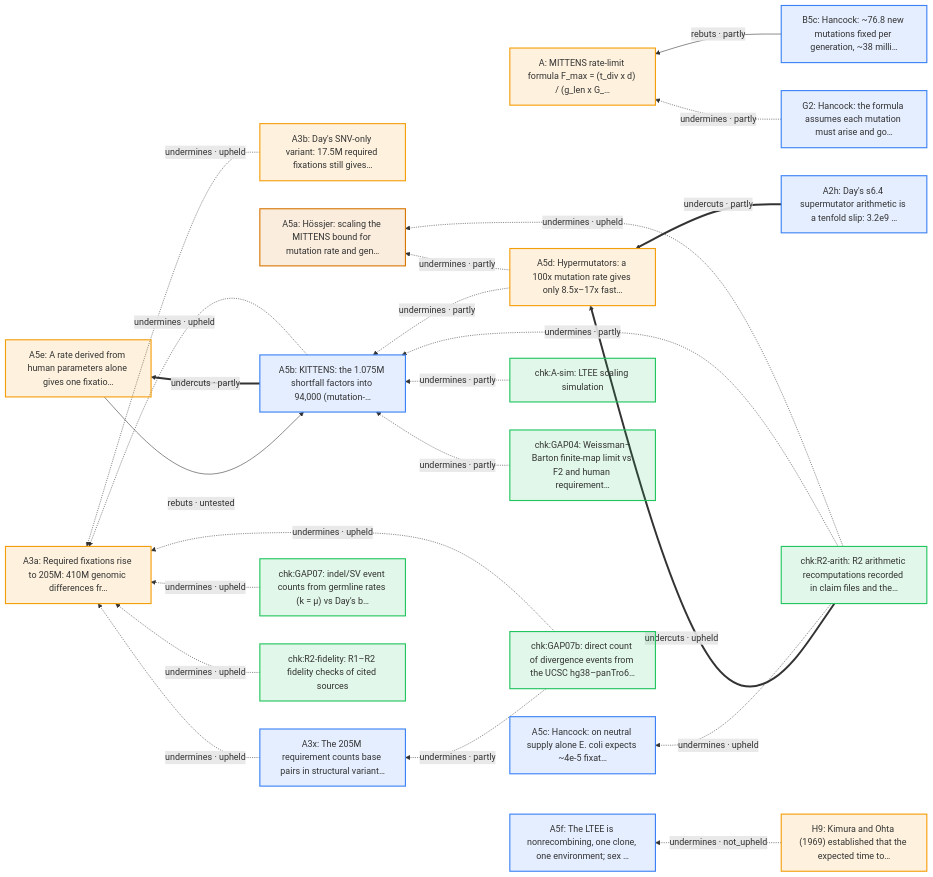
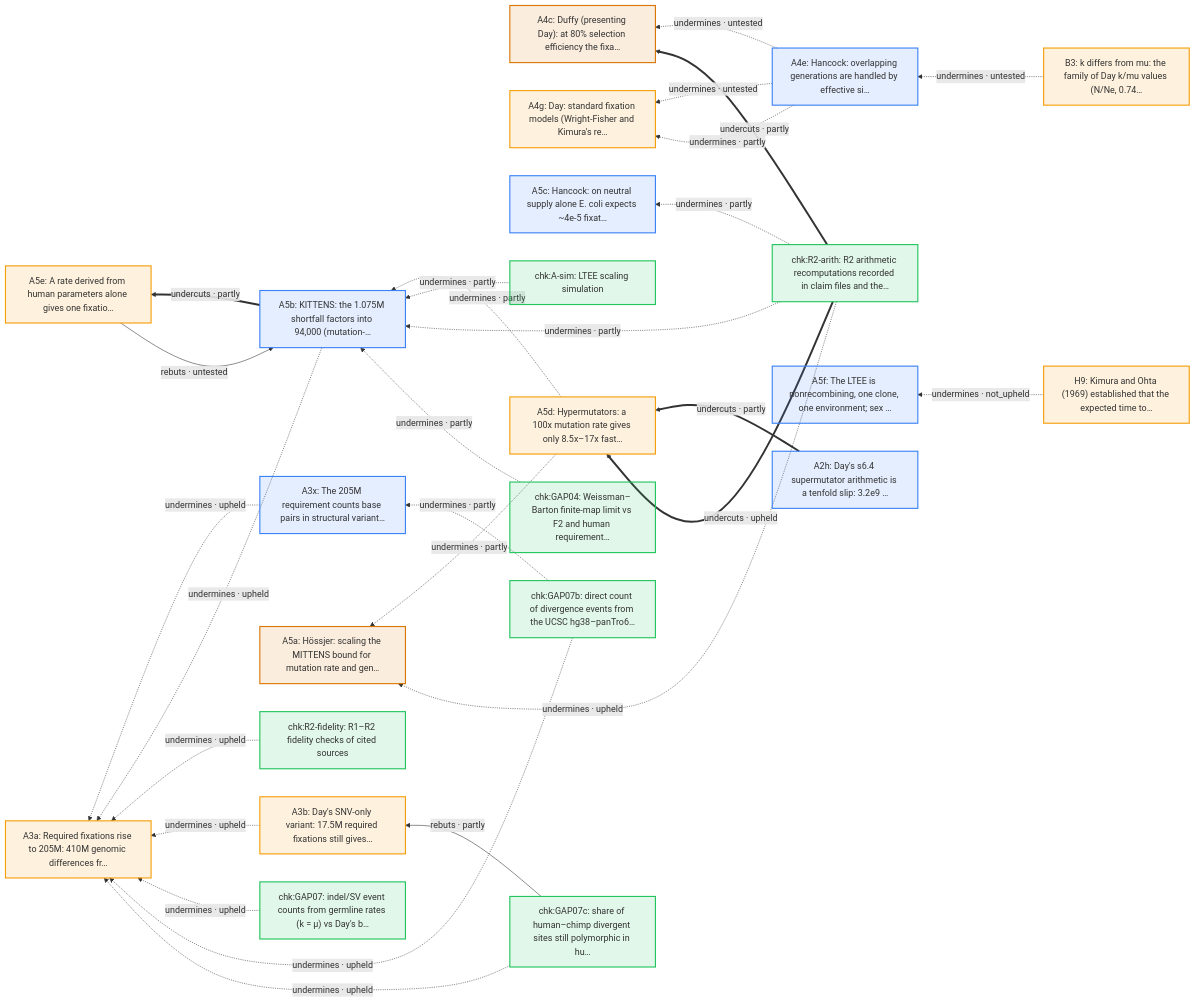
One commit to nickallevato/evo-sim changed the second of 18 diagrams in docs/arguments/defeaters.md. Above: the diagram before and after it, drawn with Mermaid. The commit also changed other lines of this file and 93 other files, not shown here.

````diff
--- a/docs/arguments/defeaters.md
+++ b/docs/arguments/defeaters.md
@@ -77,49 +81,56 @@
 ```mermaid
 flowchart RL
   classDef day fill:#f59e0b22,stroke:#f59e0b,stroke-width:2px
   classDef ally fill:#d9770622,stroke:#d97706,stroke-width:2px
   classDef critic fill:#3b82f622,stroke:#3b82f6,stroke-width:2px
   classDef literature fill:#a3a3a322,stroke:#a3a3a3,stroke-width:2px
   classDef audit fill:#22c55e22,stroke:#22c55e,stroke-width:2px
-  A["A: MITTENS rate-limit formula F_max = (t_div x d) / (g_len x G_…"]:::day
   A2h["A2h: Day's s6.4 supermutator arithmetic is a tenfold slip: 3.2e9 …"]:::critic
   A3a["A3a: Required fixations rise to 205M: 410M genomic differences fr…"]:::day
   A3b["A3b: Day's SNV-only variant: 17.5M required fixations still gives…"]:::day
   A3x["A3x: The 205M requirement counts base pairs in structural variant…"]:::critic
+  A4c["A4c: Duffy (presenting Day): at 80% selection efficiency the fixa…"]:::ally
+  A4e["A4e: Hancock: overlapping generations are handled by effective si…"]:::critic
+  A4g["A4g: Day: standard fixation models (Wright-Fisher and Kimura's re…"]:::day
   A5a["A5a: Hössjer: scaling the MITTENS bound for mutation rate and gen…"]:::ally
   A5b["A5b: KITTENS: the 1.075M shortfall factors into 94,000 (mutation-…"]:::critic
   A5c["A5c: Hancock: on neutral supply alone E. coli expects ~4e-5 fixat…"]:::critic
   A5d["A5d: Hypermutators: a 100x mutation rate gives only 8.5x–17x fast…"]:::day
   A5e["A5e: A rate derived from human parameters alone gives one fixatio…"]:::day
   A5f["A5f: The LTEE is nonrecombining, one clone, one environment; sex …"]:::critic
-  B5c["B5c: Hancock: ~76.8 new mutations fixed per generation, ~38 milli…"]:::critic
-  G2["G2: Hancock: the formula assumes each mutation must arise and go…"]:::critic
+  B3["B3: k differs from mu: the family of Day k/mu values (N/Ne, 0.74…"]:::day
   H9["H9: Kimura and Ohta (1969) established that the expected time to…"]:::day
   chk_A_sim["chk:A-sim: LTEE scaling simulation"]:::audit
   chk_GAP04["chk:GAP04: Weissman–Barton finite-map limit vs F2 and human requirement…"]:::audit
   chk_GAP07["chk:GAP07: indel/SV event counts from germline rates (k = μ) vs Day's b…"]:::audit
   chk_GAP07b["chk:GAP07b: direct count of divergence events from the UCSC hg38–panTro6…"]:::audit
+  chk_GAP07c["chk:GAP07c: share of human–chimp divergent sites still polymorphic in hu…"]:::audit
   chk_R2_arith["chk:R2-arith: R2 arithmetic recomputations recorded in claim files and the…"]:::audit
   chk_R2_fidelity["chk:R2-fidelity: R1–R2 fidelity checks of cited sources"]:::audit
   A3x -.->|"undermines · upheld"| A3a
   A5b -.->|"undermines · upheld"| A3a
   chk_R2_fidelity -.->|"undermines · upheld"| A3a
   A3b -.->|"undermines · upheld"| A3a
   chk_GAP07 -.->|"undermines · upheld"| A3a
   chk_GAP07b -.->|"undermines · upheld"| A3a
+  chk_GAP07c -.->|"undermines · upheld"| A3a
   chk_GAP07b -.->|"undermines · partly"| A3x
+  chk_GAP07c -->|"rebuts · partly"| A3b
+  A4e -.->|"undermines · untested"| A4c
+  chk_R2_arith ==>|"undercuts · partly"| A4c
+  B3 -.->|"undermines · untested"| A4e
+  A4e -.->|"undermines · untested"| A4g
+  A4e -.->|"undermines · partly"| A4g
   A5d -.->|"undermines · partly"| A5a
   chk_R2_arith -.->|"undermines · upheld"| A5a
   A5d -.->|"undermines · partly"| A5b
   A5e -->|"rebuts · untested"| A5b
   chk_A_sim -.->|"undermines · partly"| A5b
   chk_R2_arith -.->|"undermines · partly"| A5b
   chk_GAP04 -.->|"undermines · partly"| A5b
-  chk_R2_arith -.->|"undermines · upheld"| A5c
+  chk_R2_arith -.->|"undermines · partly"| A5c
   A2h ==>|"undercuts · partly"| A5d
   chk_R2_arith ==>|"undercuts · upheld"| A5d
   A5b ==>|"undercuts · partly"| A5e
   H9 -.->|"undermines · not_upheld"| A5f
-  B5c -->|"rebuts · partly"| A
-  G2 -.->|"undermines · partly"| A
 ```
````
